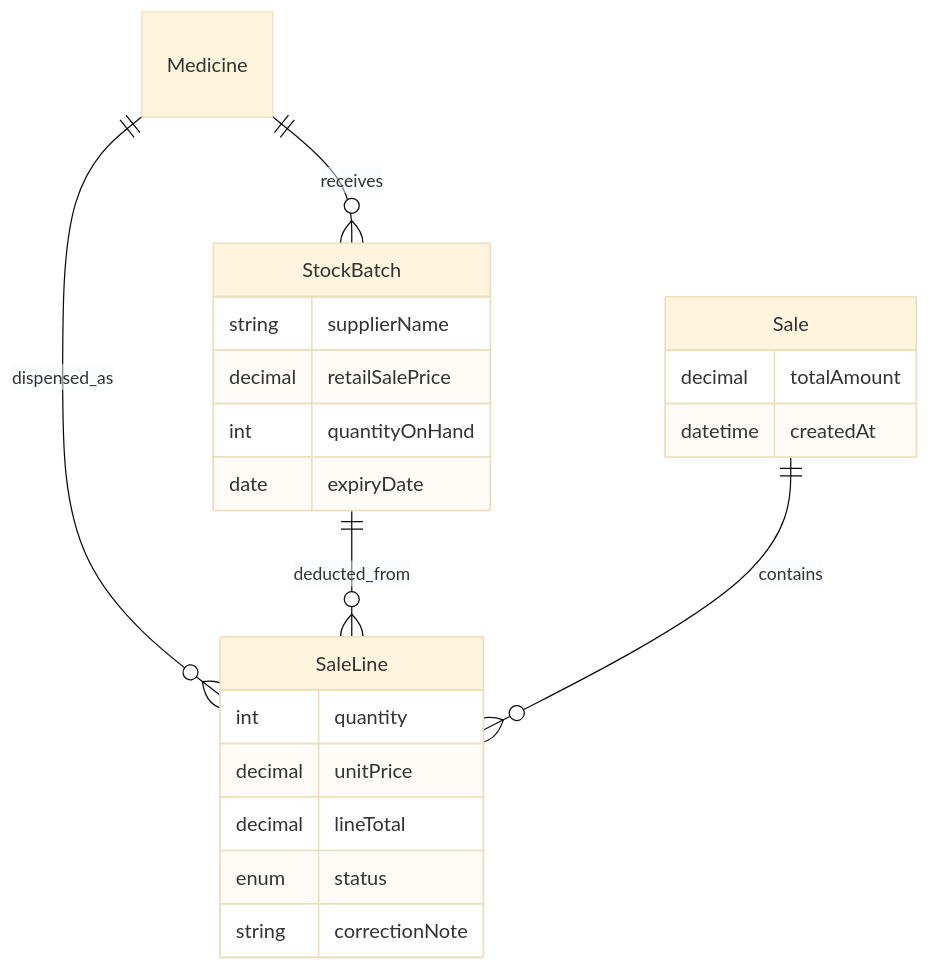
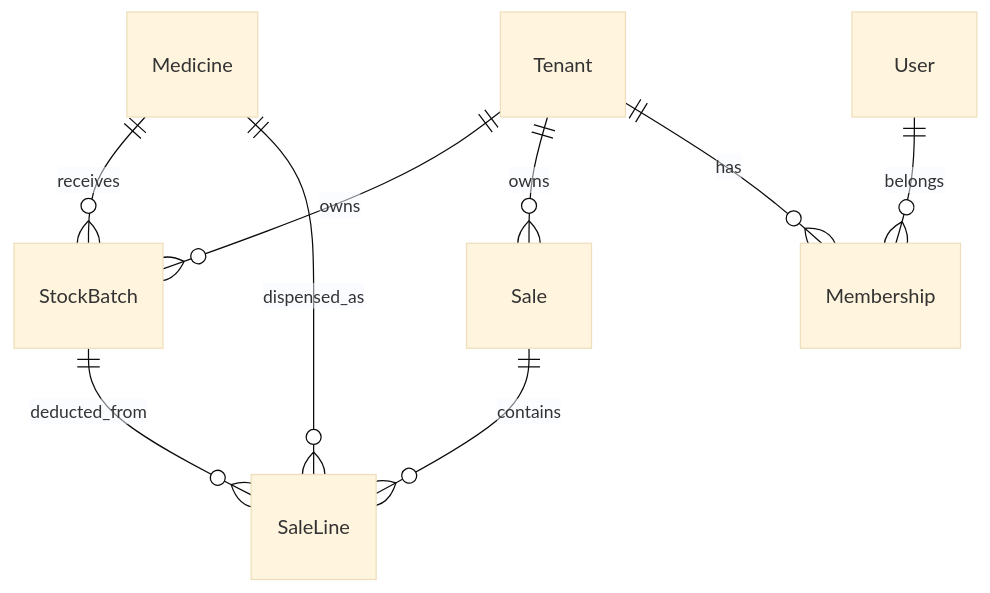
Before and after one commit to lewisnakhungu/cursor: the second of 2 diagrams in DOCUMENTATION.md, drawn with Mermaid (base theme). The commit also changed other lines of this file and 5 other files, not shown here.

First line of the commit message:
Document multi-tenant auth, stock units, and Neon setup.

````diff
--- a/DOCUMENTATION.md
+++ b/DOCUMENTATION.md
@@ -183,27 +271,11 @@
 ```mermaid
 erDiagram
+  Tenant ||--o{ StockBatch : owns
+  Tenant ||--o{ Sale : owns
+  Tenant ||--o{ Membership : has
+  User ||--o{ Membership : belongs
   Medicine ||--o{ StockBatch : receives
   Medicine ||--o{ SaleLine : dispensed_as
   StockBatch ||--o{ SaleLine : deducted_from
   Sale ||--o{ SaleLine : contains
-
-  StockBatch {
-    string supplierName
-    decimal retailSalePrice
-    int quantityOnHand
-    date expiryDate
-  }
-
-  Sale {
-    decimal totalAmount
-    datetime createdAt
-  }
-
-  SaleLine {
-    int quantity
-    decimal unitPrice
-    decimal lineTotal
-    enum status
-    string correctionNote
-  }
 ```
````
